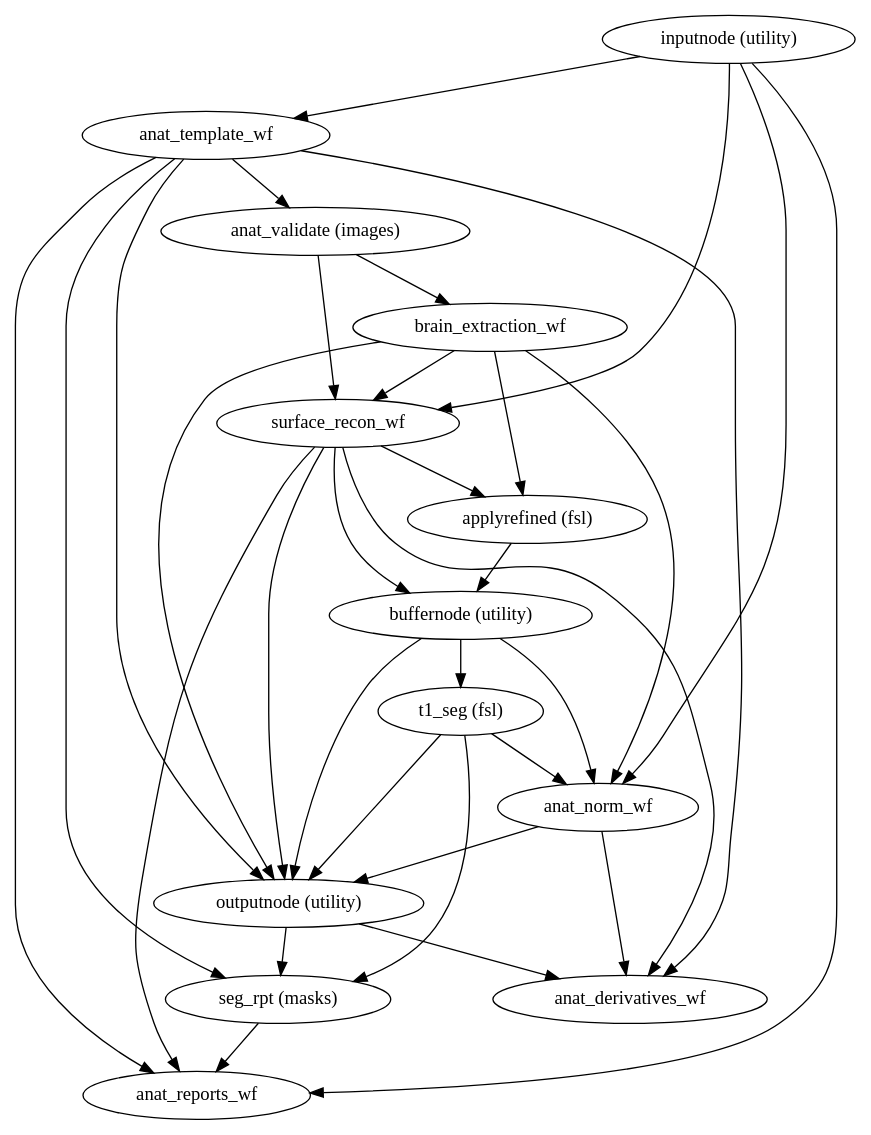
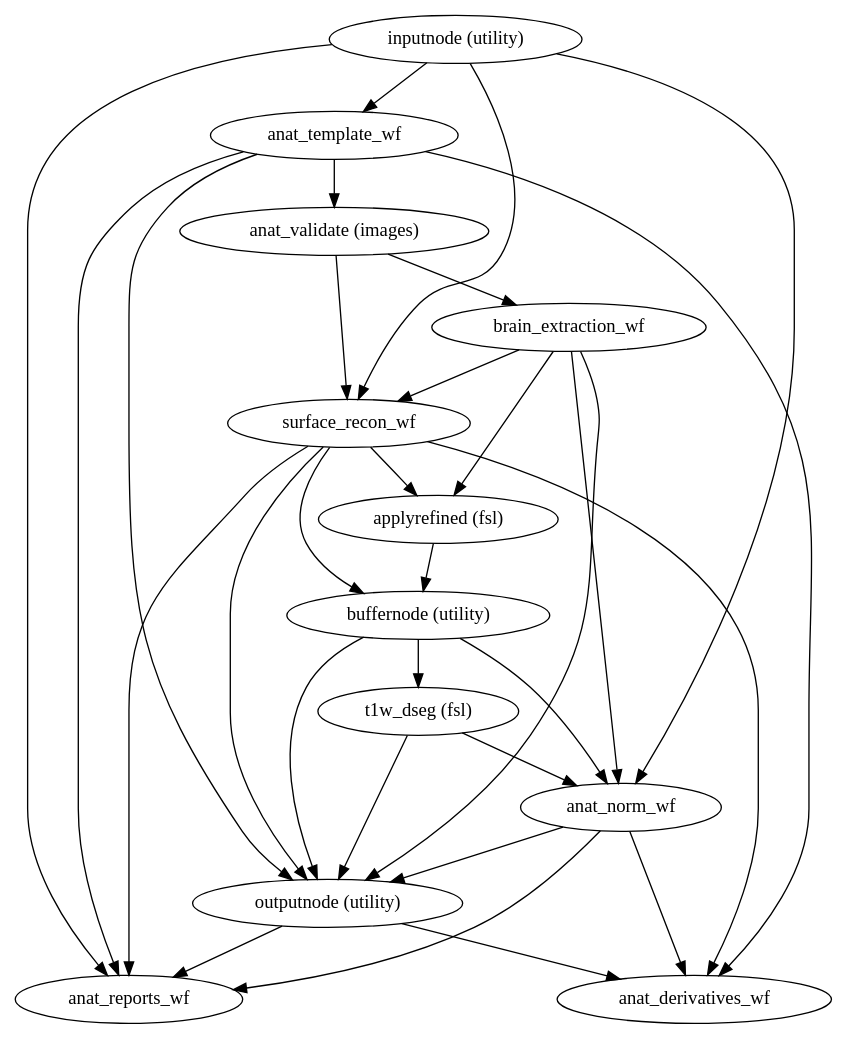
One commit to nuKs/smriprep changed the diagram in ci_doc_deploy/wf_directive/api/anat_preproc_wf/smriprep-workflows-anatomical-2.dot. Above: the diagram before and after it, drawn with Graphviz. The commit also changed 1676 other files, not shown here.

```diff
--- a/ci_doc_deploy/wf_directive/api/anat_preproc_wf/smriprep-workflows-anatomical-2.dot
+++ b/ci_doc_deploy/wf_directive/api/anat_preproc_wf/smriprep-workflows-anatomical-2.dot
@@ -1,47 +1,44 @@
 strict digraph  {
+"buffernode (utility)";
+"t1w_dseg (fsl)";
+"outputnode (utility)";
+anat_norm_wf;
+anat_reports_wf;
+anat_derivatives_wf;
 "inputnode (utility)";
 anat_template_wf;
 surface_recon_wf;
-anat_norm_wf;
-anat_reports_wf;
 "anat_validate (images)";
-"outputnode (utility)";
-"seg_rpt (masks)";
-anat_derivatives_wf;
 brain_extraction_wf;
 "applyrefined (fsl)";
-"buffernode (utility)";
-"t1_seg (fsl)";
+"buffernode (utility)" -> "t1w_dseg (fsl)";
+"buffernode (utility)" -> "outputnode (utility)";
+"buffernode (utility)" -> anat_norm_wf;
+"t1w_dseg (fsl)" -> "outputnode (utility)";
+"t1w_dseg (fsl)" -> anat_norm_wf;
+"outputnode (utility)" -> anat_reports_wf;
+"outputnode (utility)" -> anat_derivatives_wf;
+anat_norm_wf -> "outputnode (utility)";
+anat_norm_wf -> anat_reports_wf;
+anat_norm_wf -> anat_derivatives_wf;
 "inputnode (utility)" -> anat_template_wf;
-"inputnode (utility)" -> surface_recon_wf;
 "inputnode (utility)" -> anat_norm_wf;
 "inputnode (utility)" -> anat_reports_wf;
+"inputnode (utility)" -> surface_recon_wf;
 anat_template_wf -> "anat_validate (images)";
 anat_template_wf -> "outputnode (utility)";
 anat_template_wf -> anat_reports_wf;
-anat_template_wf -> "seg_rpt (masks)";
 anat_template_wf -> anat_derivatives_wf;
 surface_recon_wf -> "applyrefined (fsl)";
 surface_recon_wf -> "outputnode (utility)";
 surface_recon_wf -> "buffernode (utility)";
 surface_recon_wf -> anat_reports_wf;
 surface_recon_wf -> anat_derivatives_wf;
-anat_norm_wf -> "outputnode (utility)";
-anat_norm_wf -> anat_derivatives_wf;
 "anat_validate (images)" -> brain_extraction_wf;
 "anat_validate (images)" -> surface_recon_wf;
-"outputnode (utility)" -> "seg_rpt (masks)";
-"outputnode (utility)" -> anat_derivatives_wf;
-"seg_rpt (masks)" -> anat_reports_wf;
 brain_extraction_wf -> "outputnode (utility)";
+brain_extraction_wf -> anat_norm_wf;
 brain_extraction_wf -> surface_recon_wf;
 brain_extraction_wf -> "applyrefined (fsl)";
-brain_extraction_wf -> anat_norm_wf;
 "applyrefined (fsl)" -> "buffernode (utility)";
-"buffernode (utility)" -> "outputnode (utility)";
-"buffernode (utility)" -> "t1_seg (fsl)";
-"buffernode (utility)" -> anat_norm_wf;
-"t1_seg (fsl)" -> "outputnode (utility)";
-"t1_seg (fsl)" -> anat_norm_wf;
-"t1_seg (fsl)" -> "seg_rpt (masks)";
 }
```
